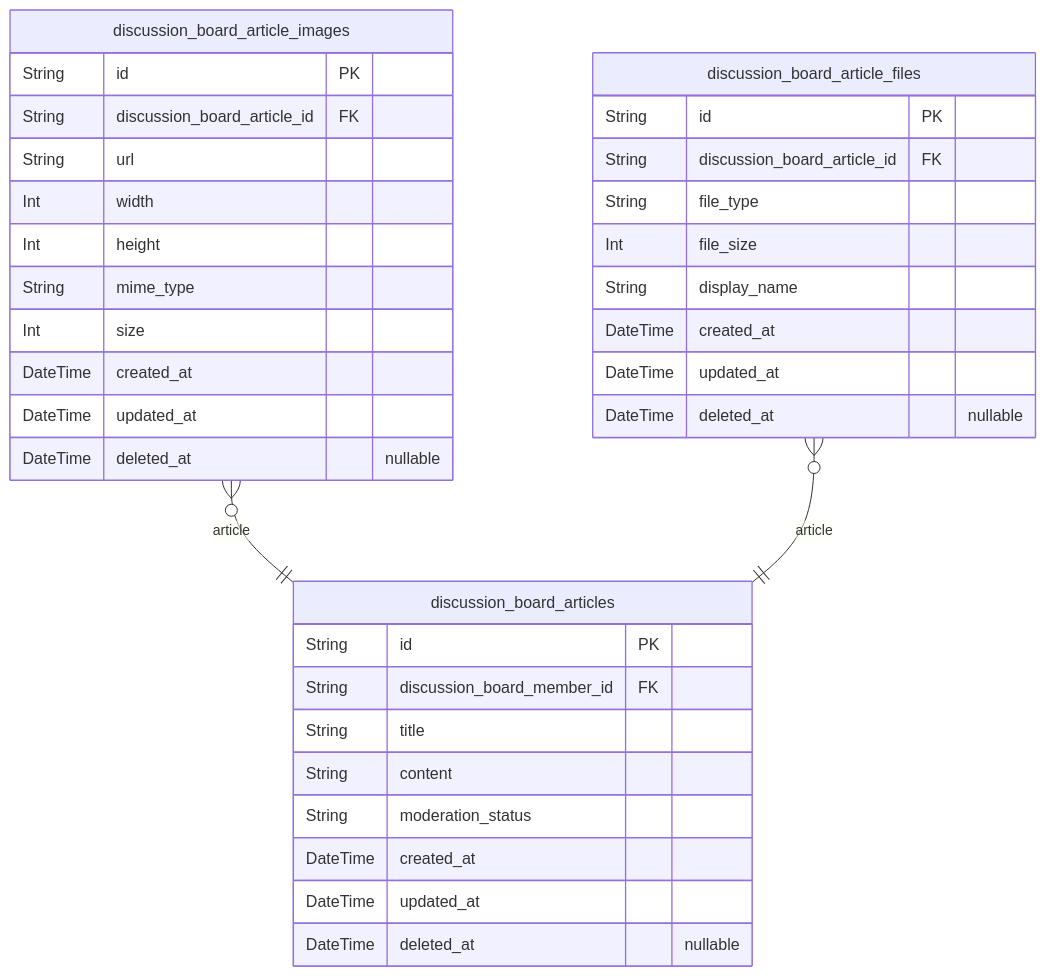
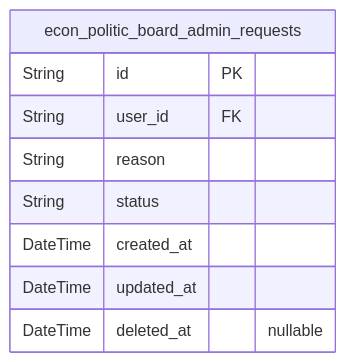
Before and after one commit to wrtnlabs/autobe-examples: the fourth of 6 diagrams in qwen/qwen3-30b-a3b-thinking-2507/bbs/docs/ERD.md, drawn with Mermaid. The commit also changed other lines of this file and 9391 other files, not shown here.

````diff
--- a/qwen/qwen3-30b-a3b-thinking-2507/bbs/docs/ERD.md
+++ b/qwen/qwen3-30b-a3b-thinking-2507/bbs/docs/ERD.md
@@ -256,37 +572,12 @@
 ```mermaid
 erDiagram
-"discussion_board_articles" {
+"econ_politic_board_admin_requests" {
   String id PK
-  String discussion_board_member_id FK
-  String title
-  String content
-  String moderation_status
+  String user_id FK
+  String reason
+  String status
   DateTime created_at
   DateTime updated_at
   DateTime deleted_at "nullable"
 }
-"discussion_board_article_images" {
-  String id PK
-  String discussion_board_article_id FK
-  String url
-  Int width
-  Int height
-  String mime_type
-  Int size
-  DateTime created_at
-  DateTime updated_at
-  DateTime deleted_at "nullable"
-}
-"discussion_board_article_files" {
-  String id PK
-  String discussion_board_article_id FK
-  String file_type
-  Int file_size
-  String display_name
-  DateTime created_at
-  DateTime updated_at
-  DateTime deleted_at "nullable"
-}
-"discussion_board_article_images" }o--|| "discussion_board_articles" : article
-"discussion_board_article_files" }o--|| "discussion_board_articles" : article
 ```
````
